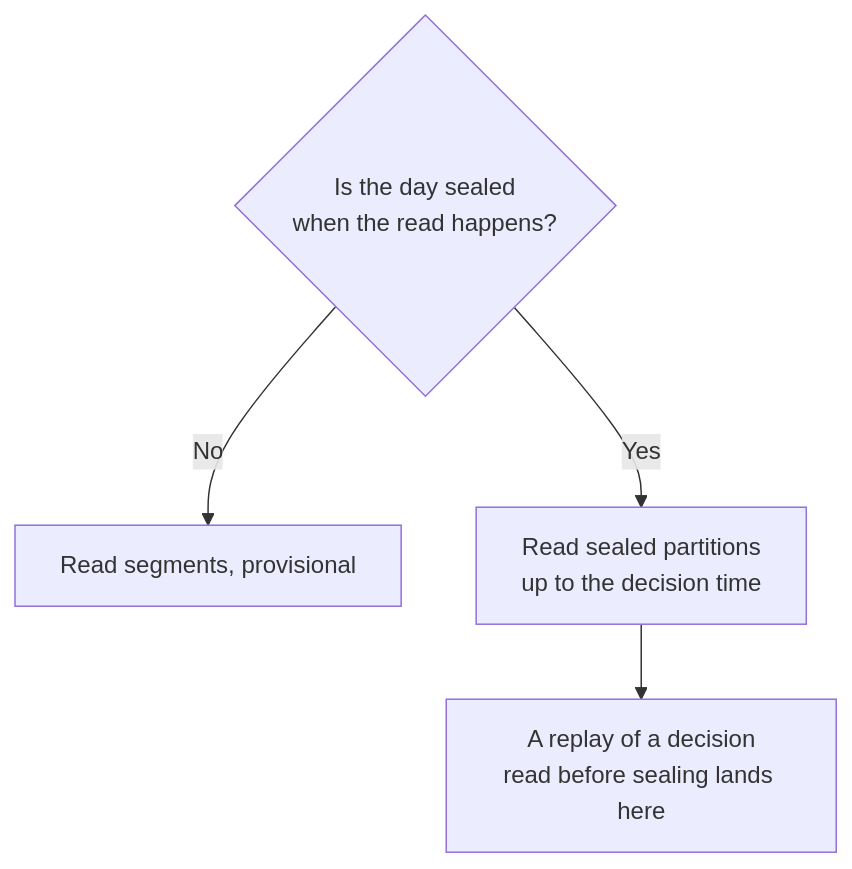
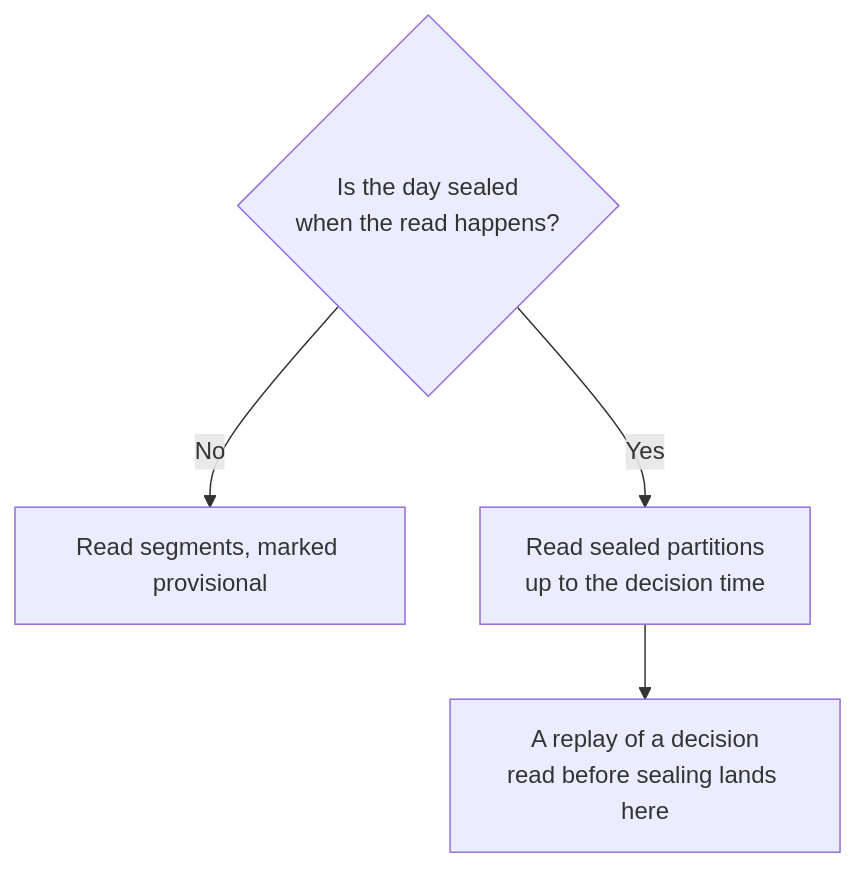
One commit to l3a0/ithildin-runtime changed the eighth of 35 diagrams in docs/architecture.md. Above: the diagram before and after it, drawn with Mermaid. The commit also changed other lines of this file and 2 other files, not shown here.

First line of the commit message:
docs: restyle the words in the Mermaid diagrams

````diff
--- a/docs/architecture.md
+++ b/docs/architecture.md
@@ -388,7 +388,7 @@
    ```mermaid
    flowchart TD
        t{"Is the day sealed<br/>when the read happens?"}
-       t -- "No" --> seg["Read segments, provisional"]
+       t -- "No" --> seg["Read segments, marked provisional"]
        t -- "Yes" --> part["Read sealed partitions<br/>up to the decision time"]
        part --> same["A replay of a decision<br/>read before sealing lands here"]
    ```
````
